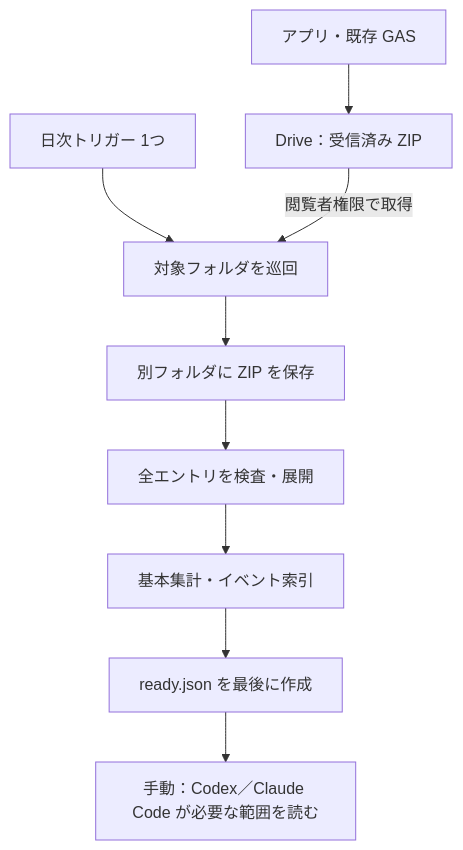
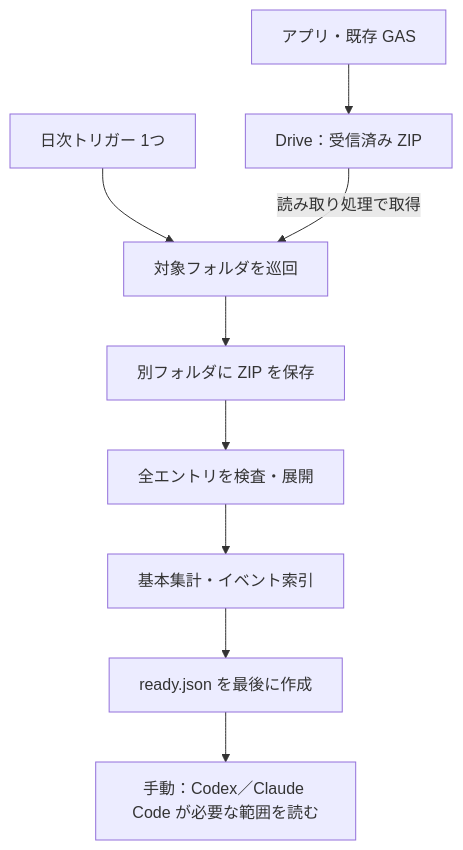
One commit to kochirow/rowing-navigator-tsukuba changed the diagram in tool/gas/log_prepare/README.md. Above: the diagram before and after it, drawn with Mermaid. The commit also changed other lines of this file and 2 other files, not shown here.

````diff
--- a/tool/gas/log_prepare/README.md
+++ b/tool/gas/log_prepare/README.md
@@ -5,11 +5,11 @@
 ```mermaid
 flowchart TD
   App["アプリ・既存 GAS"] --> Source["Drive：受信済み ZIP"]
   Trigger["日次トリガー 1つ"] --> Scan["対象フォルダを巡回"]
-  Source -->|"閲覧者権限で取得"| Scan
+  Source -->|"読み取り処理で取得"| Scan
   Scan --> Copy["別フォルダに ZIP を保存"]
   Copy --> Expand["全エントリを検査・展開"]
   Expand --> Index["基本集計・イベント索引"]
   Index --> Ready["ready.json を最後に作成"]
   Ready --> AI["手動：Codex／Claude Code が必要な範囲を読む"]
 ```
````
